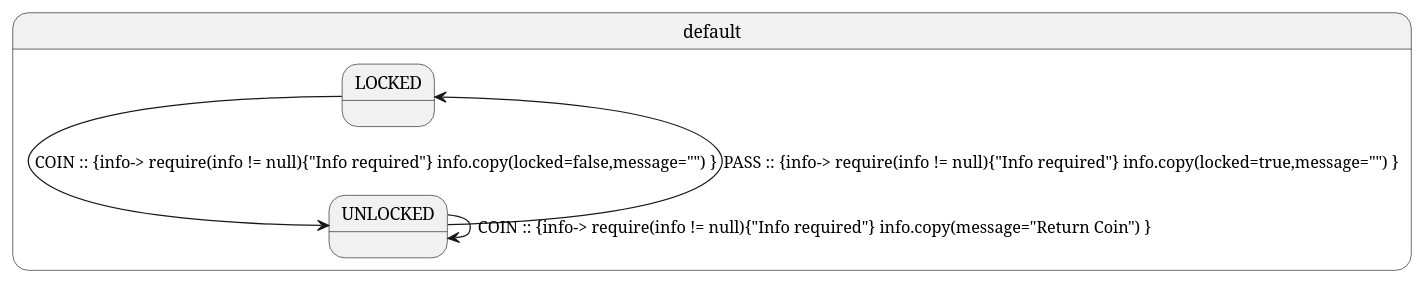
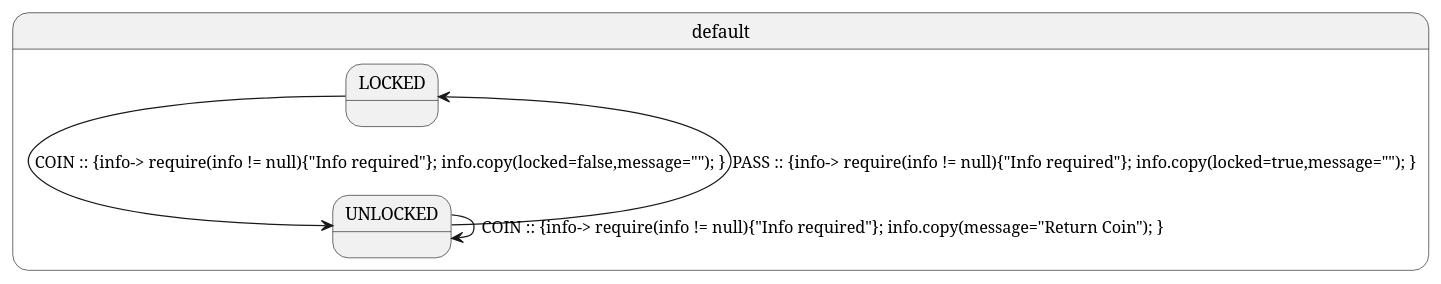
Before and after one commit to open-jumpco/kfsm-viz: the diagram in generated-parsed/turnstile.plantuml, drawn with PlantUML. The commit also changed 17 other files, not shown here.

```diff
--- a/generated-parsed/turnstile.plantuml
+++ b/generated-parsed/turnstile.plantuml
@@ -1,7 +1,7 @@
 @startuml
 state default {
-LOCKED --> UNLOCKED : COIN :: {info->  require(info != null){"Info required"}  info.copy(locked=false,message="")  }
-UNLOCKED --> LOCKED : PASS :: {info->  require(info != null){"Info required"}  info.copy(locked=true,message="")  }
-UNLOCKED --> UNLOCKED : COIN :: {info->  require(info != null){"Info required"}  info.copy(message="Return Coin")  }
+LOCKED --> UNLOCKED : COIN :: {info->  require(info != null){"Info required"};  info.copy(locked=false,message="");  }
+UNLOCKED --> LOCKED : PASS :: {info->  require(info != null){"Info required"};  info.copy(locked=true,message="");  }
+UNLOCKED --> UNLOCKED : COIN :: {info->  require(info != null){"Info required"};  info.copy(message="Return Coin");  }
 }
 @enduml
```
